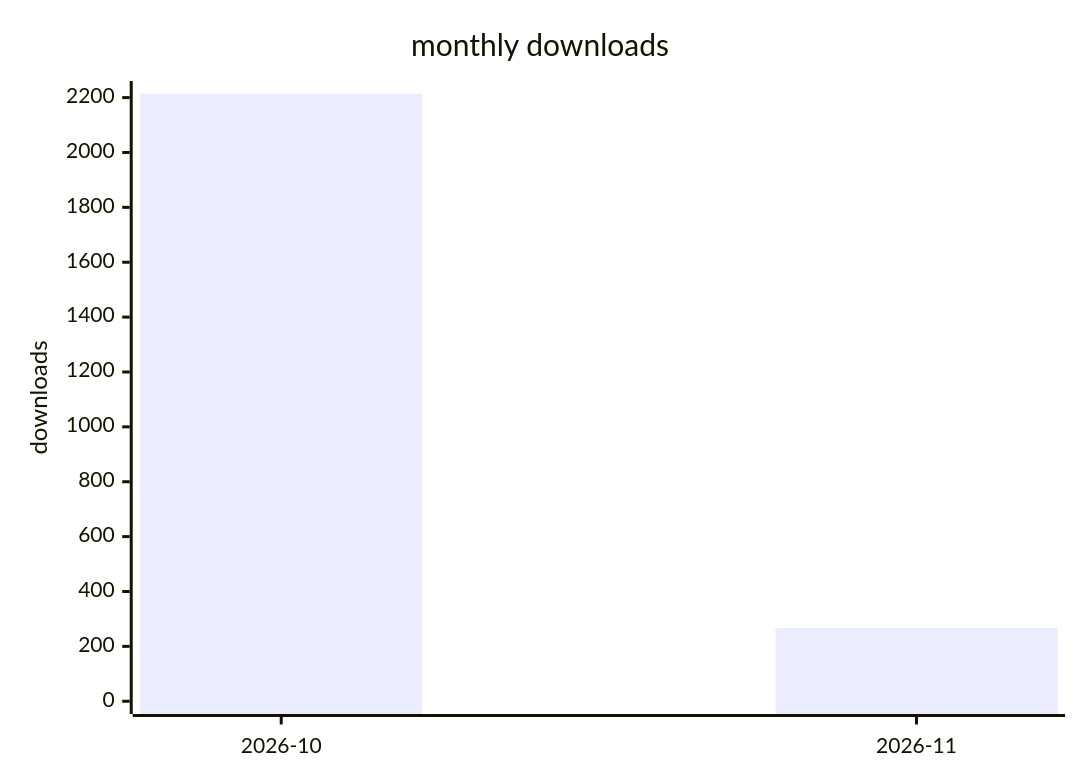
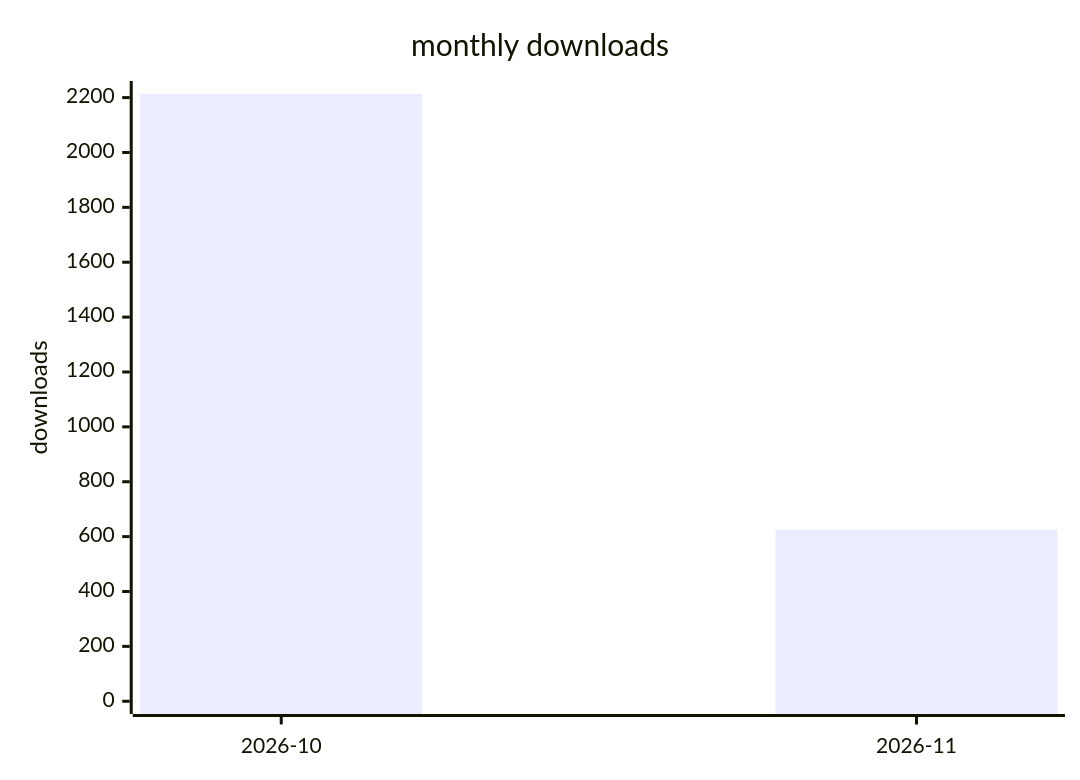
Before and after one commit to terry2010/dsh-rss-news-daily: the second of 2 diagrams in docs/downloads-2026.md, drawn with Mermaid. The commit also changed other lines of this file and 1 other file, not shown here.

````diff
--- a/docs/downloads-2026.md
+++ b/docs/downloads-2026.md
@@ -29,7 +29,7 @@
 ```mermaid
 xychart-beta
     title "monthly downloads"
     x-axis ["2026-10", "2026-11"]
     y-axis "downloads" 0 --> 2214
-    bar [2214, 267]
+    bar [2214, 626]
 ```
````
